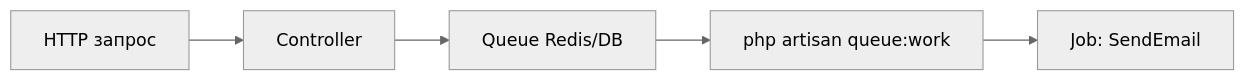
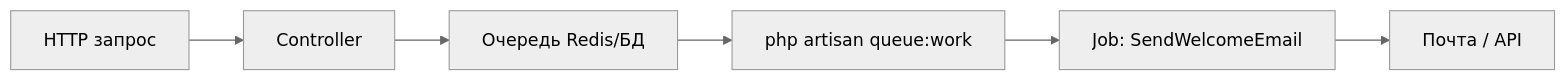
Before and after one commit to Spirzen/it-knowledge-base: the diagram in docs/encyclopedia/5-languages/5-07-php/1432.md, drawn with Mermaid (neutral theme). The commit also changed other lines of this file and 1180 other files, not shown here.

````diff
--- a/docs/encyclopedia/5-languages/5-07-php/1432.md
+++ b/docs/encyclopedia/5-languages/5-07-php/1432.md
@@ -29,7 +34,8 @@
 ```mermaid
 flowchart LR
   HTTP[HTTP запрос] --> C[Controller]
-  C --> Q[Queue Redis/DB]
+  C --> Q[Очередь Redis/БД]
   Q --> W[php artisan queue:work]
-  W --> J[Job: SendEmail]
+  W --> J[Job: SendWelcomeEmail]
+  J --> Mail[Почта / API]
 ```
````
